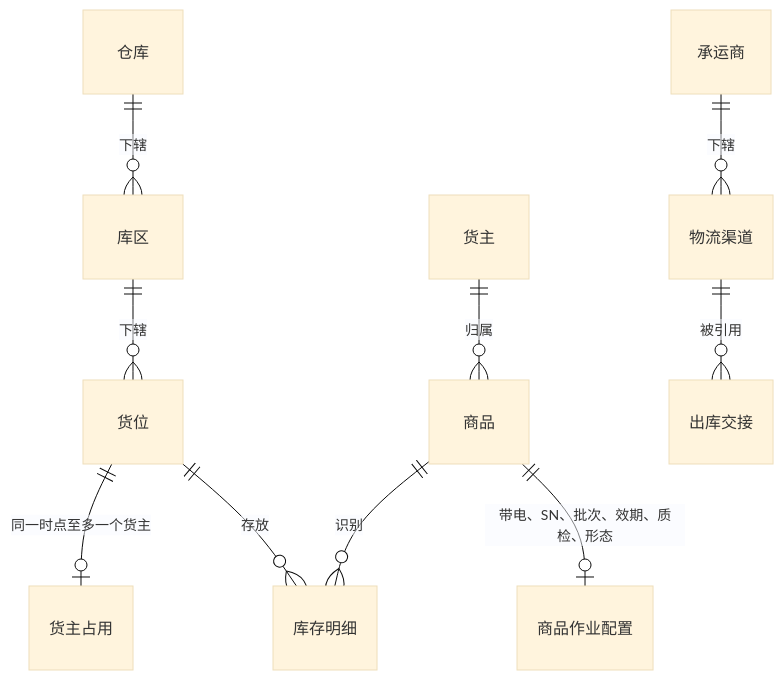
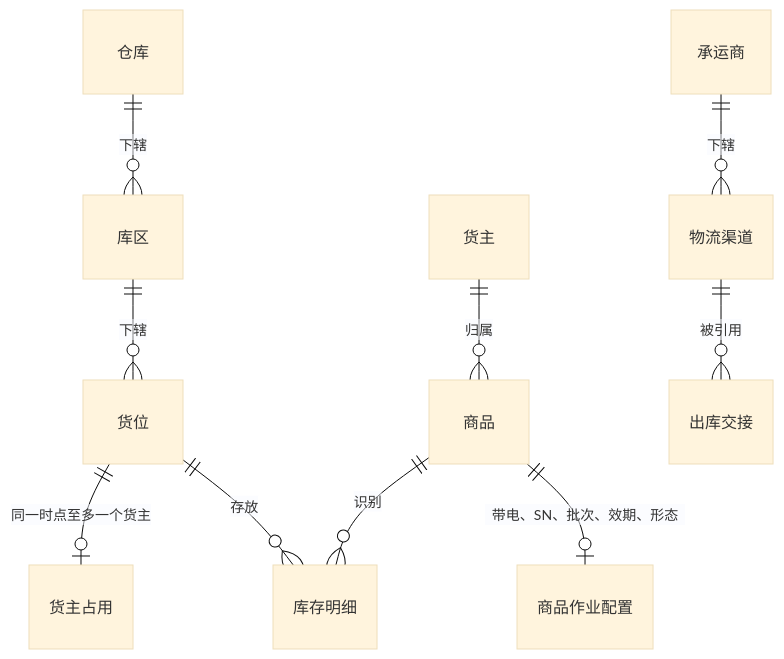
The first of 2 diagrams in 05-应用设计方案/20261002-MVP版本/系统架构设计/02-实体对象关系.md (TopVitamin/QS-WMS-Project), drawn with Mermaid (base theme) before and after one commit. The commit also changed other lines of this file and 151 other files, not shown here.

````diff
--- a/05-应用设计方案/20261002-MVP版本/系统架构设计/02-实体对象关系.md
+++ b/05-应用设计方案/20261002-MVP版本/系统架构设计/02-实体对象关系.md
@@ -65,12 +68,12 @@
 ```mermaid
 erDiagram
     货主 ||--o{ 商品 : "归属"
-    商品 ||--o| 商品作业配置 : "带电、SN、批次、效期、质检、形态"
+    商品 ||--o| 商品作业配置 : "带电、SN、批次、效期、形态"
     仓库 ||--o{ 库区 : "下辖"
     库区 ||--o{ 货位 : "下辖"
     货位 ||--o| 货主占用 : "同一时点至多一个货主"
     货位 ||--o{ 库存明细 : "存放"
     商品 ||--o{ 库存明细 : "识别"
     承运商 ||--o{ 物流渠道 : "下辖"
     物流渠道 ||--o{ 出库交接 : "被引用"
 ```
````
